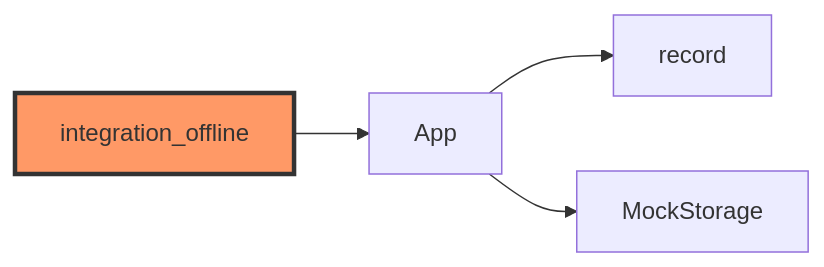
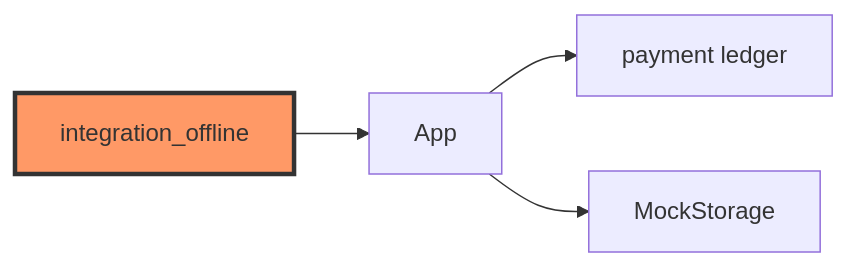
One commit to akashsoni01/zoop changed the diagram in docs/core/tests/integration_offline.md. Above: the diagram before and after it, drawn with Mermaid. The commit also changed other lines of this file and 28 other files, not shown here.

````diff
--- a/docs/core/tests/integration_offline.md
+++ b/docs/core/tests/integration_offline.md
@@ -8,9 +8,9 @@
 ```mermaid
 flowchart LR
   T["integration_offline"]
   APP["App"]
-  REC["record"]
+  PAY["payment ledger"]
   STORE["MockStorage"]
-  T --> APP --> REC & STORE
+  T --> APP --> PAY & STORE
   style T fill:#f96,stroke:#333,stroke-width:3px
 ```
````
